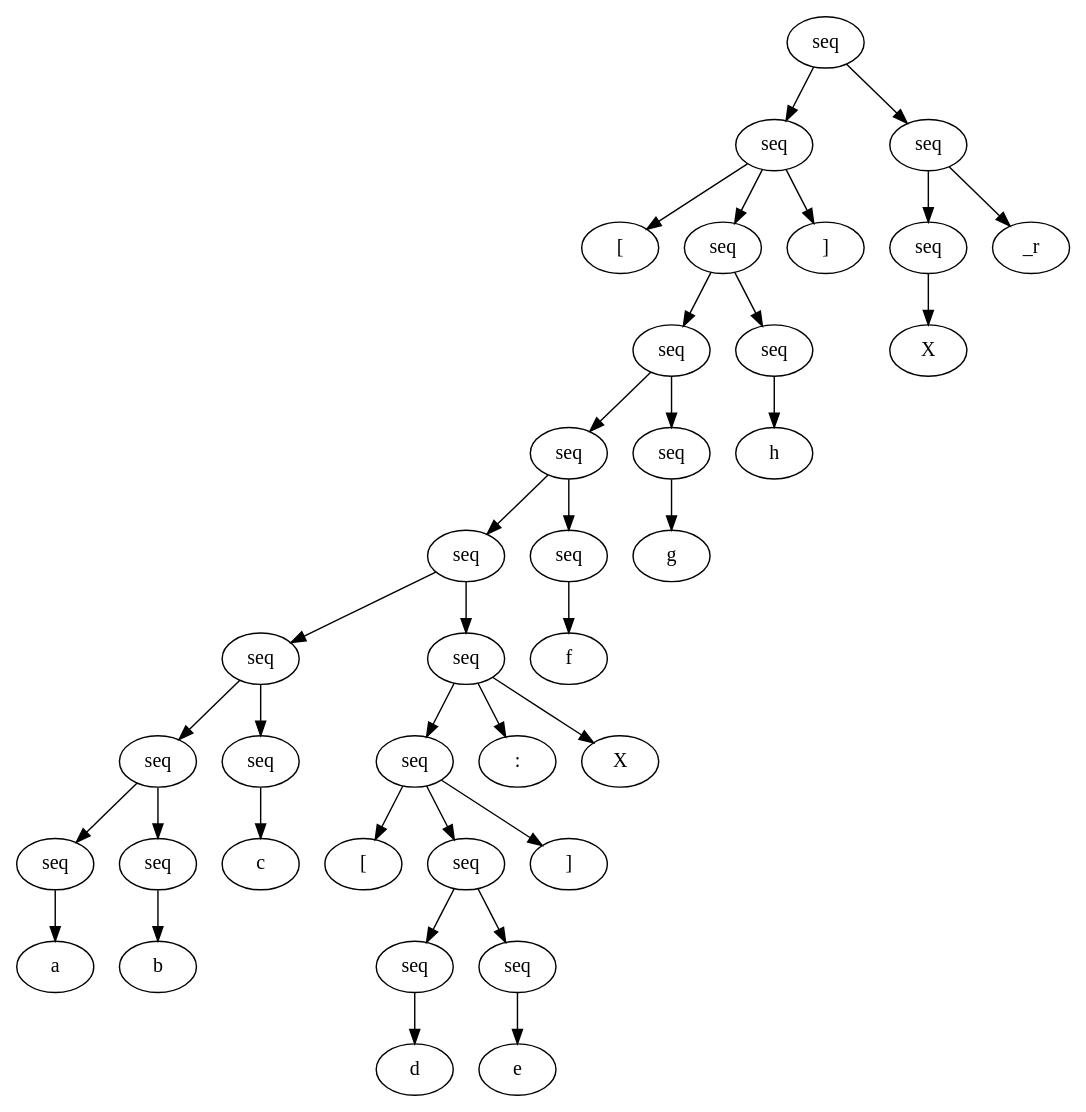
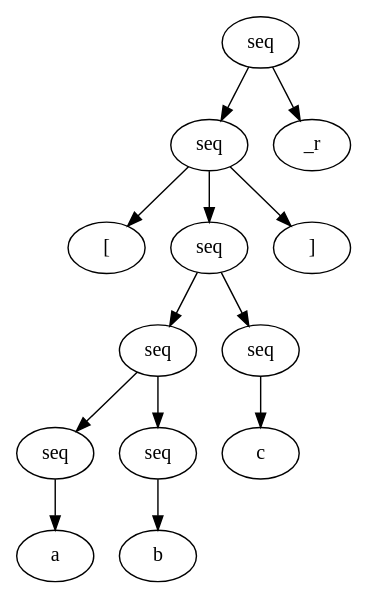
Before and after one commit to bpull/fall16: the diagram in proglang/labs/06/pat.dot, drawn with Graphviz. The commit also changed 11 other files, not shown here.

```diff
--- a/proglang/labs/06/pat.dot
+++ b/proglang/labs/06/pat.dot
@@ -1,75 +1,27 @@
 digraph g {
 	n1 [label="seq"];
 	n2 [label="seq"];
 	n3 [label="["];
 	n2 -> n3;
 	n4 [label="seq"];
 	n5 [label="seq"];
 	n6 [label="seq"];
-	n7 [label="seq"];
+	n7 [label="a"];
+	n6 -> n7;
+	n5 -> n6;
 	n8 [label="seq"];
-	n9 [label="seq"];
+	n9 [label="b"];
+	n8 -> n9;
+	n5 -> n8;
+	n4 -> n5;
 	n10 [label="seq"];
-	n11 [label="a"];
+	n11 [label="c"];
 	n10 -> n11;
-	n9 -> n10;
-	n12 [label="seq"];
-	n13 [label="b"];
-	n12 -> n13;
-	n9 -> n12;
-	n8 -> n9;
-	n14 [label="seq"];
-	n15 [label="c"];
-	n14 -> n15;
-	n8 -> n14;
-	n7 -> n8;
-	n16 [label="seq"];
-	n17 [label="seq"];
-	n18 [label="["];
-	n17 -> n18;
-	n19 [label="seq"];
-	n20 [label="seq"];
-	n21 [label="d"];
-	n20 -> n21;
-	n19 -> n20;
-	n22 [label="seq"];
-	n23 [label="e"];
-	n22 -> n23;
-	n19 -> n22;
-	n17 -> n19;
-	n24 [label="]"];
-	n17 -> n24;
-	n16 -> n17;
-	n25 [label=":"];
-	n16 -> n25;
-	n26 [label="X"];
-	n16 -> n26;
-	n7 -> n16;
-	n6 -> n7;
-	n27 [label="seq"];
-	n28 [label="f"];
-	n27 -> n28;
-	n6 -> n27;
-	n5 -> n6;
-	n29 [label="seq"];
-	n30 [label="g"];
-	n29 -> n30;
-	n5 -> n29;
-	n4 -> n5;
-	n31 [label="seq"];
-	n32 [label="h"];
-	n31 -> n32;
-	n4 -> n31;
+	n4 -> n10;
 	n2 -> n4;
-	n33 [label="]"];
-	n2 -> n33;
+	n12 [label="]"];
+	n2 -> n12;
 	n1 -> n2;
-	n34 [label="seq"];
-	n35 [label="seq"];
-	n36 [label="X"];
-	n35 -> n36;
-	n34 -> n35;
-	n37 [label="_r"];
-	n34 -> n37;
-	n1 -> n34;
+	n13 [label="_r"];
+	n1 -> n13;
 }
```
